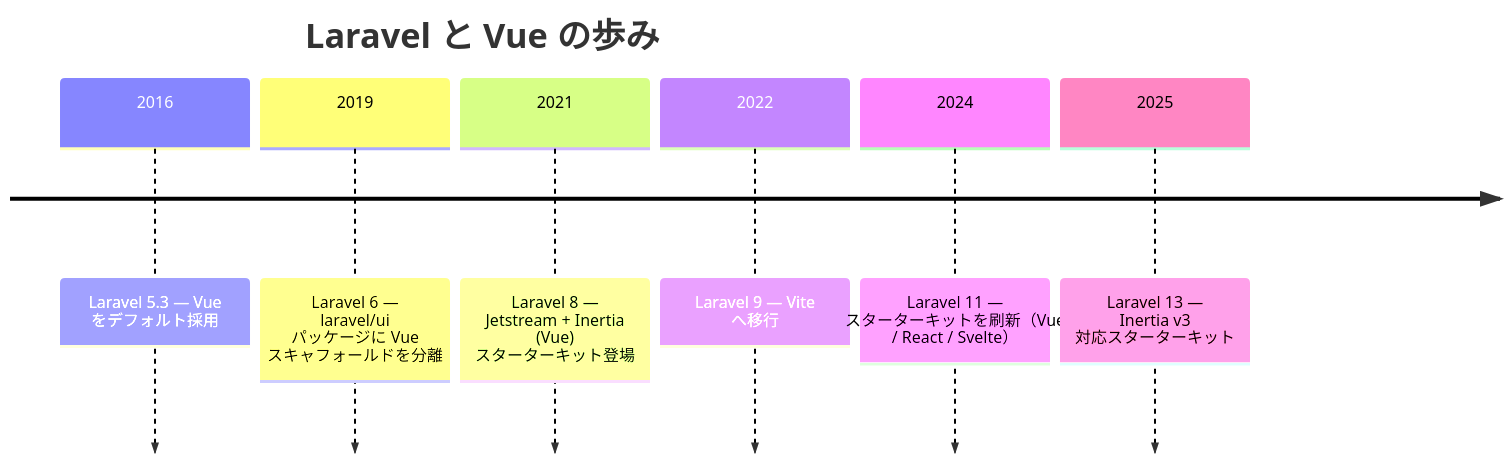
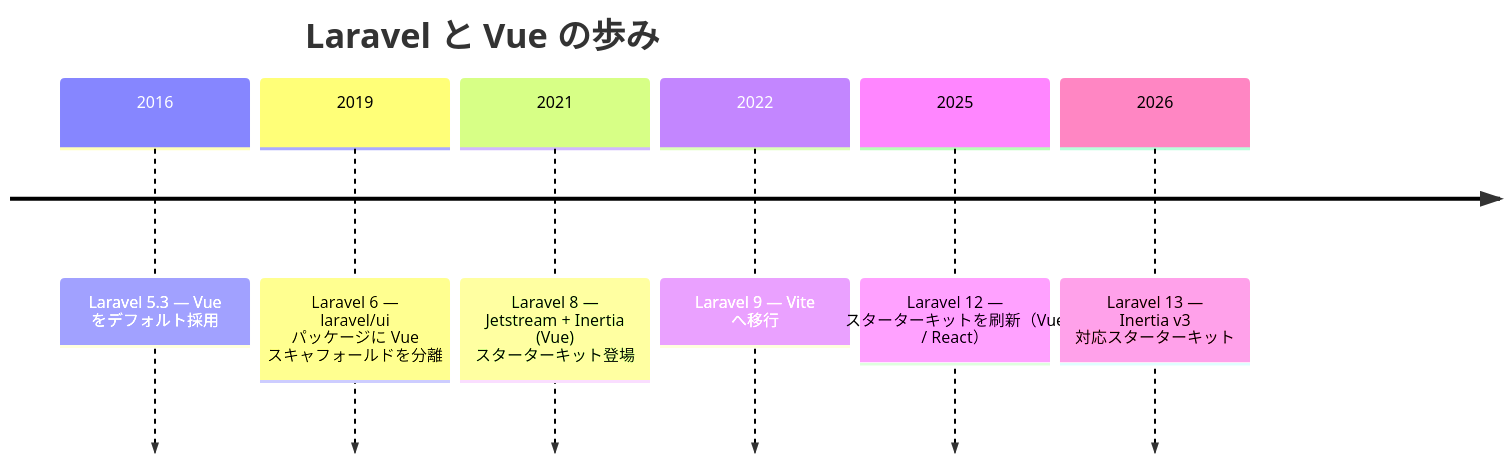
The first of 2 diagrams in jp/blog/vue-introduction.mdx (kawax/mintlify-docs), drawn with Mermaid before and after one commit. The commit also changed 1 other file, not shown here.

````diff
--- a/jp/blog/vue-introduction.mdx
+++ b/jp/blog/vue-introduction.mdx
@@ -73,10 +73,10 @@
 ```mermaid
 timeline
     title Laravel と Vue の歩み
     2016 : Laravel 5.3 — Vue をデフォルト採用
     2019 : Laravel 6 — laravel/ui パッケージに Vue スキャフォールドを分離
     2021 : Laravel 8 — Jetstream + Inertia (Vue) スターターキット登場
     2022 : Laravel 9 — Vite へ移行
-    2024 : Laravel 11 — スターターキットを刷新（Vue / React / Svelte）
-    2025 : Laravel 13 — Inertia v3 対応スターターキット
+    2025 : Laravel 12 — スターターキットを刷新（Vue / React）
+    2026 : Laravel 13 — Inertia v3 対応スターターキット
 ```
````
